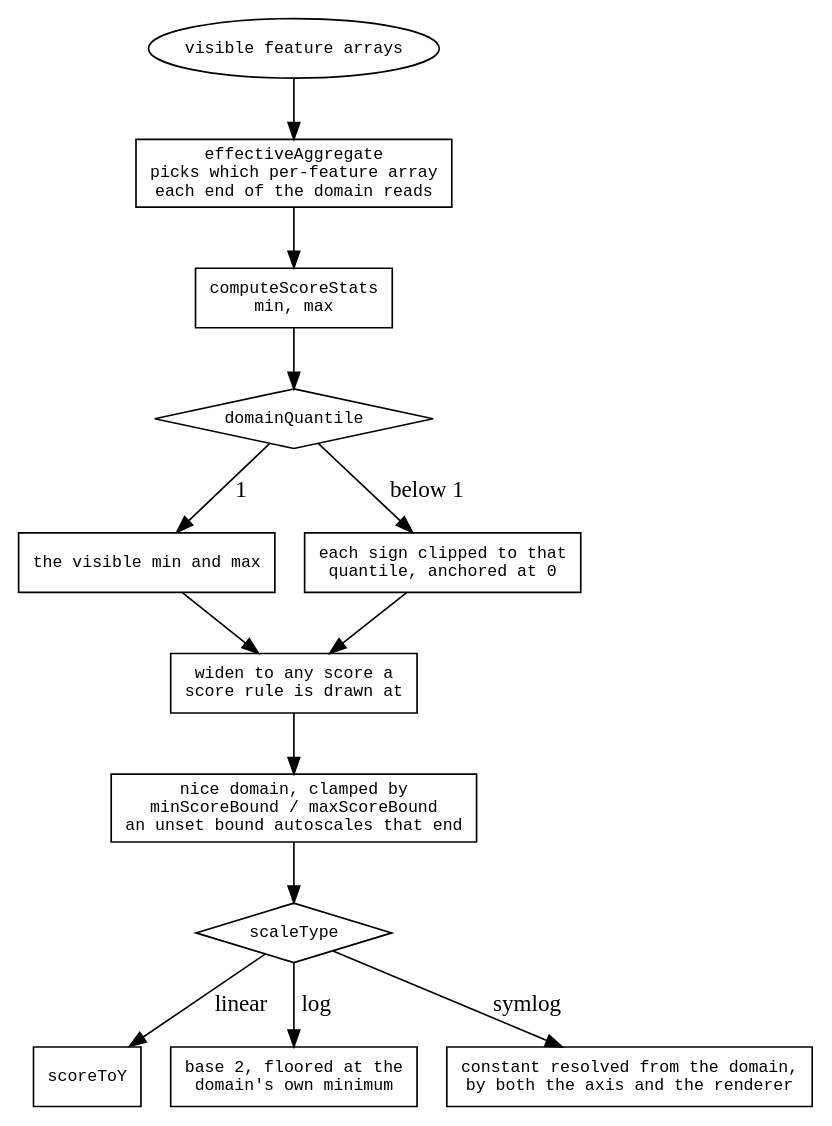
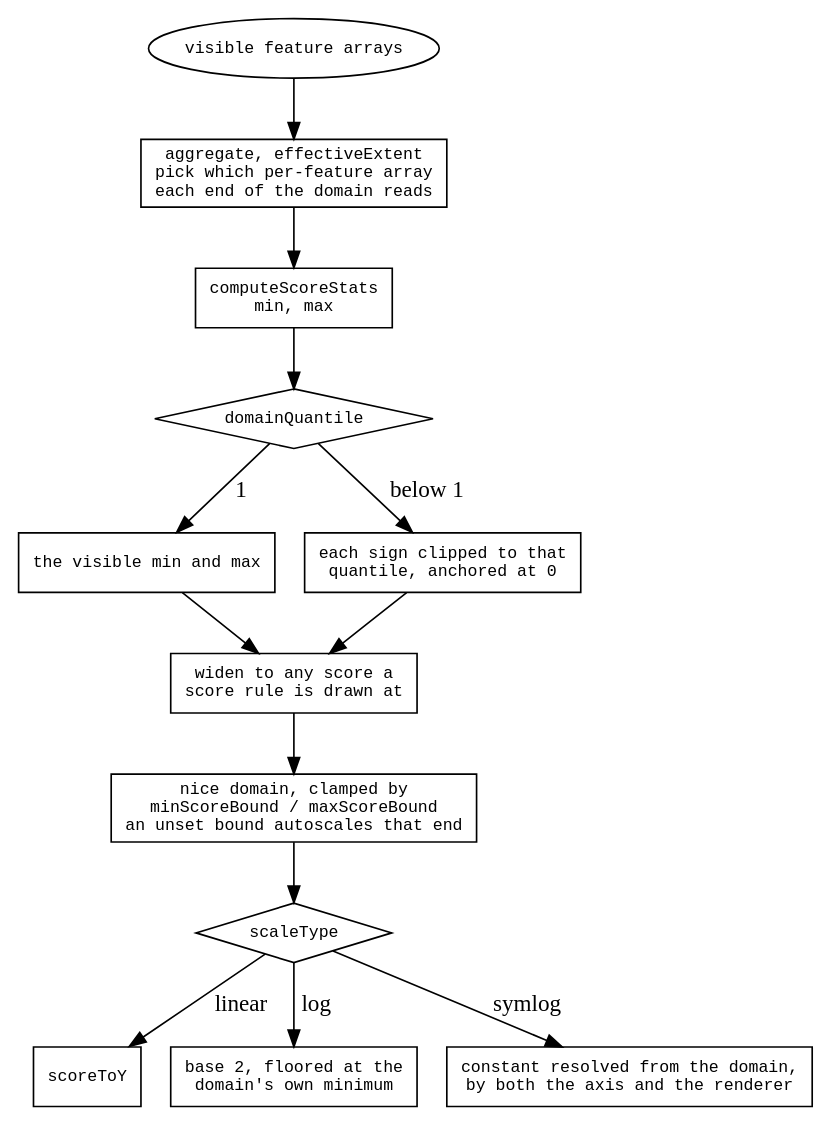
One commit to GMOD/jbrowse-components changed the diagram in agent-docs/reference/diagrams/wiggle-domain.dot. Above: the diagram before and after it, drawn with Graphviz. The commit also changed 60 other files, not shown here.

First line of the commit message:
whiskers leaves aggregate: extent says whether the min-max span is drawn

```diff
--- a/agent-docs/reference/diagrams/wiggle-domain.dot
+++ b/agent-docs/reference/diagrams/wiggle-domain.dot
@@ -1,30 +1,30 @@
 digraph wiggle_domain {
   rankdir=TB
   node [shape=box fontname=monospace fontsize=10]
   { node [shape=diamond] auto; scale }
 
   vis   [label="visible feature arrays", shape=oval]
-  mode  [label="effectiveAggregate\npicks which per-feature array\neach end of the domain reads"]
+  mode  [label="aggregate, effectiveExtent\npick which per-feature array\neach end of the domain reads"]
   stats [label="computeScoreStats\nmin, max"]
   vis -> mode -> stats -> auto
 
   auto [label="domainQuantile"]
   auto -> local   [label=" 1"]
   auto -> pct     [label=" below 1"]
   local [label="the visible min and max"]
   pct   [label="each sign clipped to that\nquantile, anchored at 0"]
 
   rules [label="widen to any score a\nscore rule is drawn at"]
   local -> rules  pct -> rules
 
   bounds [label="nice domain, clamped by\nminScoreBound / maxScoreBound\nan unset bound autoscales that end"]
   rules -> bounds -> scale
 
   scale [label="scaleType"]
   scale -> lin [label=" linear"]
   scale -> log [label=" log"]
   scale -> sym [label=" symlog"]
   lin [label="scoreToY"]
   log [label="base 2, floored at the\ndomain's own minimum"]
   sym [label="constant resolved from the domain,\nby both the axis and the renderer"]
 }
```
